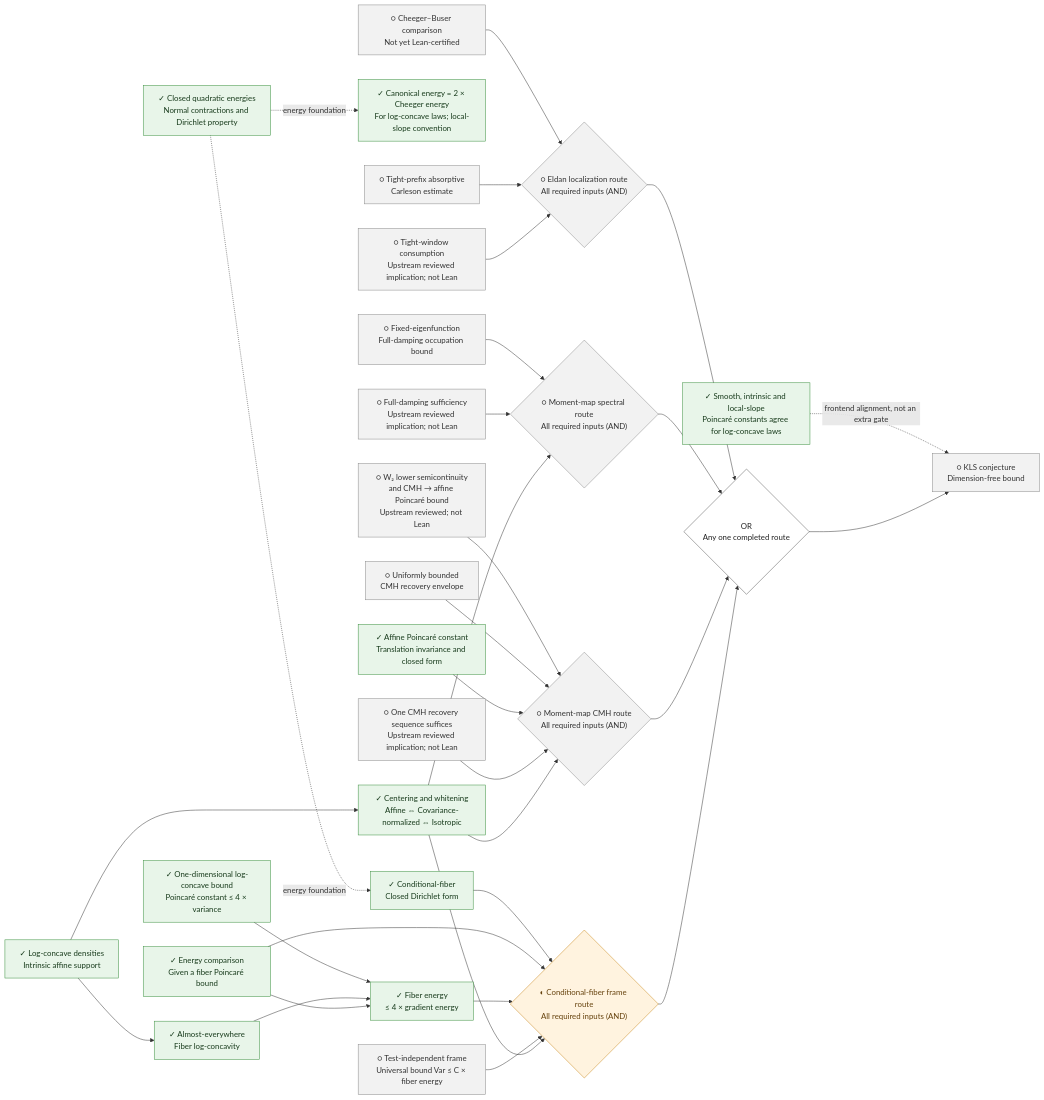
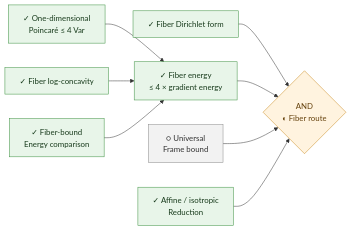
Before and after one commit to human-ai-mathematics/kls-lean: the fifth of 9 diagrams in research/progress/README.md, drawn with Mermaid. The commit also changed other lines of this file and 2 other files, not shown here.

Commit message:
docs: split progress overview into readable route diagrams [skip ci]

````diff
--- a/research/progress/README.md
+++ b/research/progress/README.md
@@ -35,98 +141,34 @@
 ```mermaid
 flowchart LR
-    KLS["○ KLS conjecture<br/>Dimension-free bound"]
-    ANY{"OR<br/>Any one completed route"}
-    DENS["✓ Log-concave densities<br/>Intrinsic affine support"]
-    NORM["✓ Centering and whitening<br/>Affine ⇔ Covariance-normalized ⇔ Isotropic"]
-    FORMS["✓ Closed quadratic energies<br/>Normal contractions and Dirichlet property"]
-    ENERGY["✓ Canonical energy = 2 × Cheeger energy<br/>For log-concave laws; local-slope convention"]
-    CONST["✓ Smooth, intrinsic and local-slope<br/>Poincaré constants agree for log-concave laws"]
-    CB["○ Cheeger–Buser comparison<br/>Not yet Lean-certified"]
-    EG["○ Tight-prefix absorptive<br/>Carleson estimate"]
-    EC["○ Tight-window consumption<br/>Upstream reviewed implication; not Lean"]
-    EAND{"○ Eldan localization route<br/>All required inputs (AND)"}
-    SG["○ Fixed-eigenfunction<br/>Full-damping occupation bound"]
-    SC["○ Full-damping sufficiency<br/>Upstream reviewed implication; not Lean"]
-    SAND{"○ Moment-map spectral route<br/>All required inputs (AND)"}
-    MH["○ W₂ lower semicontinuity<br/>and CMH → affine Poincaré bound<br/>Upstream reviewed; not Lean"]
-    MG["○ Uniformly bounded<br/>CMH recovery envelope"]
-    MT["✓ Affine Poincaré constant<br/>Translation invariance and closed form"]
-    MC["○ One CMH recovery sequence suffices<br/>Upstream reviewed implication; not Lean"]
-    MAND{"○ Moment-map CMH route<br/>All required inputs (AND)"}
-    FC["✓ Conditional-fiber<br/>Closed Dirichlet form"]
-    ONE["✓ One-dimensional log-concave bound<br/>Poincaré constant ≤ 4 × variance"]
-    FLOG["✓ Almost-everywhere<br/>Fiber log-concavity"]
-    FP["✓ Energy comparison<br/>Given a fiber Poincaré bound"]
+    ONE["✓ One-dimensional<br/>Poincaré ≤ 4 Var"]
+    FLOG["✓ Fiber log-concavity"]
+    FP["✓ Fiber-bound<br/>Energy comparison"]
     F4["✓ Fiber energy<br/>≤ 4 × gradient energy"]
-    FG["○ Test-independent frame<br/>Universal bound Var ≤ C × fiber energy"]
-    FAND{"◐ Conditional-fiber frame route<br/>All required inputs (AND)"}
+    FC["✓ Fiber Dirichlet form"]
+    FG["○ Universal<br/>Frame bound"]
+    NORM["✓ Affine / isotropic<br/>Reduction"]
+    FAND{"AND<br/>◐ Fiber route"}
 
-    DENS --> NORM
-    DENS --> FLOG
-    FORMS -.->|energy foundation| FC
-    FORMS -.->|energy foundation| ENERGY
-    CONST -.->|frontend alignment, not an extra gate| KLS
-    CB --> EAND
-    EG --> EAND
-    EC --> EAND
-    SG --> SAND
-    SC --> SAND
-    NORM --> SAND
-    MH --> MAND
-    MG --> MAND
-    MT --> MAND
-    MC --> MAND
-    NORM --> MAND
     ONE --> F4
     FLOG --> F4
     FP --> F4
     FC --> FAND
-    FP --> FAND
     F4 --> FAND
     FG --> FAND
     NORM --> FAND
-    EAND --> ANY
-    SAND --> ANY
-    MAND --> ANY
-    FAND --> ANY
-    ANY --> KLS
 
     classDef done fill:#e8f5e9,stroke:#388e3c,color:#183b1c;
+    class ONE,FLOG,FP,F4,FC,NORM done;
     classDef partial fill:#fff3df,stroke:#c88719,color:#66420d;
+    class FAND partial;
     classDef todo fill:#f2f2f2,stroke:#888,color:#333;
-    classDef focus fill:#fff0dc,stroke:#d47b13,color:#663800,stroke-width:3px;
-    classDef logic fill:#ffffff,stroke:#555,color:#222;
-    class DENS,NORM,FORMS,ENERGY,CONST,MT,FC,ONE,FLOG,FP,F4 done;
-    class CB,MH todo;
-    class EC,SC,MC todo;
-    class KLS,EG,SG,MG,FG todo;
-    class ANY logic;
-    class EAND,SAND,MAND todo;
-    class FAND partial;
-    click KLS href "https://github.com/numina-functional-inequalities/kls-lean/blob/main/formalization/FunctionalInequalities/KLS/Statement.lean" "○ KLS conjecture — Dimension-free bound" _blank
-    click ANY href "https://github.com/numina-functional-inequalities/kls-lean/blob/main/formalization/blueprint/route-composition.yaml" "OR — Any one completed route" _blank
-    click DENS href "https://github.com/numina-functional-inequalities/kls-lean/blob/main/formalization/FunctionalInequalities/KLS/LogConcave/BorellRepresentation.lean" "✓ Log-concave densities — Intrinsic affine support" _blank
-    click NORM href "https://github.com/numina-functional-inequalities/kls-lean/blob/main/formalization/FunctionalInequalities/KLS/LogConcave/Isotropic.lean" "✓ Centering and whitening — Affine ⇔ Covariance-normalized ⇔ Isotropic" _blank
-    click FORMS href "https://github.com/numina-functional-inequalities/kls-lean/blob/main/formalization/FunctionalInequalities/Energy/SmoothGradient/Dirichlet.lean" "✓ Closed quadratic energies — Normal contractions and Dirichlet property" _blank
-    click ENERGY href "https://github.com/numina-functional-inequalities/kls-lean/blob/main/formalization/FunctionalInequalities/Energy/Cheeger.lean" "✓ Canonical energy = 2 × Cheeger energy — For log-concave laws; local-slope convention" _blank
-    click CONST href "https://github.com/numina-functional-inequalities/kls-lean/blob/main/formalization/FunctionalInequalities/KLS/LogConcave/Poincare.lean" "✓ Smooth, intrinsic and local-slope — Poincaré constants agree for log-concave laws" _blank
-    click CB href "https://github.com/numina-functional-inequalities/kls-lean/blob/main/formalization/blueprint/src/chapters/45-shared-analytic-bridges.tex" "○ Cheeger–Buser comparison — Not yet Lean-certified" _blank
-    click EG href "https://github.com/numina-functional-inequalities/kls-lean/blob/main/formalization/blueprint/src/chapters/50-kls-routes.tex" "○ Tight-prefix absorptive — Carleson estimate" _blank
-    click EC href "https://github.com/numina-functional-inequalities/kls-lean/blob/main/formalization/blueprint/src/chapters/50-kls-routes.tex" "○ Tight-window consumption — Upstream reviewed implication; not Lean" _blank
-    click EAND href "https://github.com/numina-functional-inequalities/kls-lean/blob/main/formalization/blueprint/route-composition.yaml" "○ Eldan localization route — All required inputs (AND)" _blank
-    click SG href "https://github.com/numina-functional-inequalities/kls-lean/blob/main/formalization/blueprint/src/chapters/50-kls-routes.tex" "○ Fixed-eigenfunction — Full-damping occupation bound" _blank
-    click SC href "https://github.com/numina-functional-inequalities/kls-lean/blob/main/formalization/blueprint/src/chapters/50-kls-routes.tex" "○ Full-damping sufficiency — Upstream reviewed implication; not Lean" _blank
-    click SAND href "https://github.com/numina-functional-inequalities/kls-lean/blob/main/formalization/blueprint/route-composition.yaml" "○ Moment-map spectral route — All required inputs (AND)" _blank
-    click MH href "https://github.com/numina-functional-inequalities/kls-lean/blob/main/formalization/blueprint/src/chapters/50-kls-routes.tex" "○ W₂ lower semicontinuity — and CMH → affine Poincaré bound — Upstream reviewed; not Lean" _blank
-    click MG href "https://github.com/numina-functional-inequalities/kls-lean/blob/main/formalization/blueprint/src/chapters/50-kls-routes.tex" "○ Uniformly bounded — CMH recovery envelope" _blank
-    click MT href "https://github.com/numina-functional-inequalities/kls-lean/blob/main/formalization/FunctionalInequalities/Poincare/CovarianceGradient/Translation.lean" "✓ Affine Poincaré constant — Translation invariance and closed form" _blank
-    click MC href "https://github.com/numina-functional-inequalities/kls-lean/blob/main/formalization/blueprint/src/chapters/50-kls-routes.tex" "○ One CMH recovery sequence suffices — Upstream reviewed implication; not Lean" _blank
-    click MAND href "https://github.com/numina-functional-inequalities/kls-lean/blob/main/formalization/blueprint/route-composition.yaml" "○ Moment-map CMH route — All required inputs (AND)" _blank
-    click FC href "https://github.com/numina-functional-inequalities/kls-lean/blob/main/formalization/FunctionalInequalities/KLS/ConditionalFiber/Closed.lean" "✓ Conditional-fiber — Closed Dirichlet form" _blank
-    click ONE href "https://github.com/numina-functional-inequalities/kls-lean/blob/main/formalization/FunctionalInequalities/KLS/LogConcave/Line/SharpPoincare.lean" "✓ One-dimensional log-concave bound — Poincaré constant ≤ 4 × variance" _blank
-    click FLOG href "https://github.com/numina-functional-inequalities/kls-lean/blob/main/formalization/FunctionalInequalities/KLS/LogConcave/ConditionalFiber.lean" "✓ Almost-everywhere — Fiber log-concavity" _blank
-    click FP href "https://github.com/numina-functional-inequalities/kls-lean/blob/main/formalization/FunctionalInequalities/KLS/ConditionalFiber/EnergyComparison.lean" "✓ Energy comparison — Given a fiber Poincaré bound" _blank
+    class FG todo;
+    click ONE href "https://github.com/numina-functional-inequalities/kls-lean/blob/main/formalization/FunctionalInequalities/KLS/LogConcave/Line/SharpPoincare.lean" "✓ One-dimensional — Poincaré ≤ 4 Var" _blank
+    click FLOG href "https://github.com/numina-functional-inequalities/kls-lean/blob/main/formalization/FunctionalInequalities/KLS/LogConcave/ConditionalFiber.lean" "✓ Fiber log-concavity" _blank
+    click FP href "https://github.com/numina-functional-inequalities/kls-lean/blob/main/formalization/FunctionalInequalities/KLS/ConditionalFiber/EnergyComparison.lean" "✓ Fiber-bound — Energy comparison" _blank
     click F4 href "https://github.com/numina-functional-inequalities/kls-lean/blob/main/formalization/FunctionalInequalities/KLS/LogConcave/ConditionalFiber.lean" "✓ Fiber energy — ≤ 4 × gradient energy" _blank
-    click FG href "https://github.com/numina-functional-inequalities/kls-lean/blob/main/formalization/blueprint/src/chapters/50-kls-routes.tex" "○ Test-independent frame — Universal bound Var ≤ C × fiber energy" _blank
-    click FAND href "https://github.com/numina-functional-inequalities/kls-lean/blob/main/formalization/blueprint/route-composition.yaml" "◐ Conditional-fiber frame route — All required inputs (AND)" _blank
+    click FC href "https://github.com/numina-functional-inequalities/kls-lean/blob/main/formalization/FunctionalInequalities/KLS/ConditionalFiber/Closed.lean" "✓ Fiber Dirichlet form" _blank
+    click FG href "https://github.com/numina-functional-inequalities/kls-lean/blob/main/formalization/blueprint/src/chapters/50-kls-routes.tex" "○ Universal — Frame bound" _blank
+    click NORM href "https://github.com/numina-functional-inequalities/kls-lean/blob/main/formalization/FunctionalInequalities/KLS/LogConcave/Isotropic.lean" "✓ Affine / isotropic — Reduction" _blank
+    click FAND href "https://github.com/numina-functional-inequalities/kls-lean/blob/main/formalization/blueprint/route-composition.yaml" "AND — ◐ Fiber route" _blank
 ```
````
